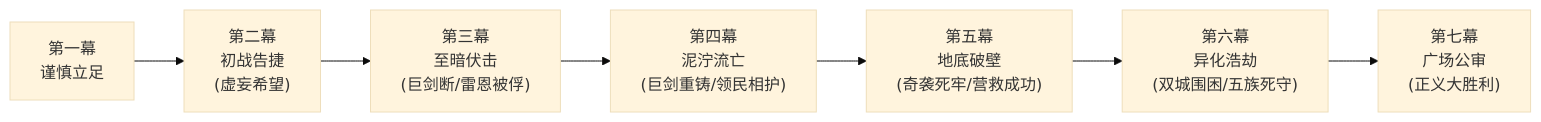
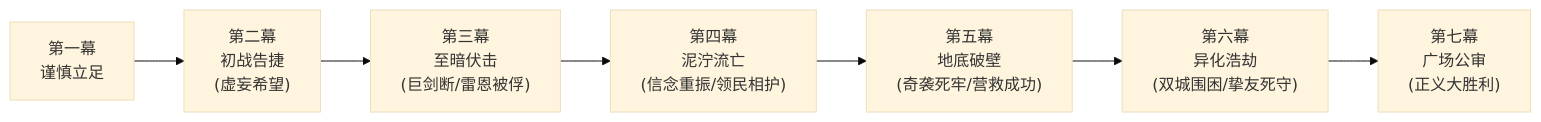
The second of 2 diagrams in 方案/第二部/主线与世界扩充方案/01_宏篇主线演进与阶段规划方案.md (soranokiseki1437/eldoria-worldbook), drawn with Mermaid (base theme) before and after one commit. The commit also changed other lines of this file and 2 other files, not shown here.

````diff
--- a/方案/第二部/主线与世界扩充方案/01_宏篇主线演进与阶段规划方案.md
+++ b/方案/第二部/主线与世界扩充方案/01_宏篇主线演进与阶段规划方案.md
@@ -154,9 +159,9 @@
 ```mermaid
 graph LR
     P1["第一幕<br/>谨慎立足"] --> P2["第二幕<br/>初战告捷<br/>(虚妄希望)"]
     P2 --> P3["第三幕<br/>至暗伏击<br/>(巨剑断/雷恩被俘)"]
-    P3 --> P4["第四幕<br/>泥泞流亡<br/>(巨剑重铸/领民相护)"]
+    P3 --> P4["第四幕<br/>泥泞流亡<br/>(信念重振/领民相护)"]
     P4 --> P5["第五幕<br/>地底破壁<br/>(奇袭死牢/营救成功)"]
-    P5 --> P6["第六幕<br/>异化浩劫<br/>(双城围困/五族死守)"]
+    P5 --> P6["第六幕<br/>异化浩劫<br/>(双城围困/挚友死守)"]
     P6 --> P7["第七幕<br/>广场公审<br/>(正义大胜利)"]
 ```
````
